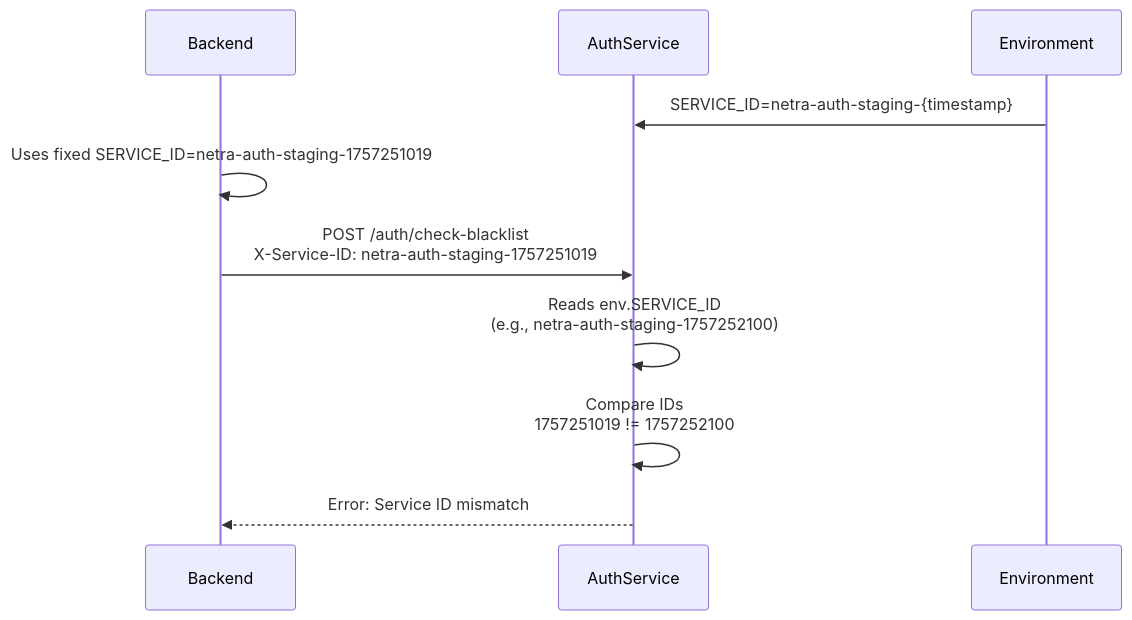
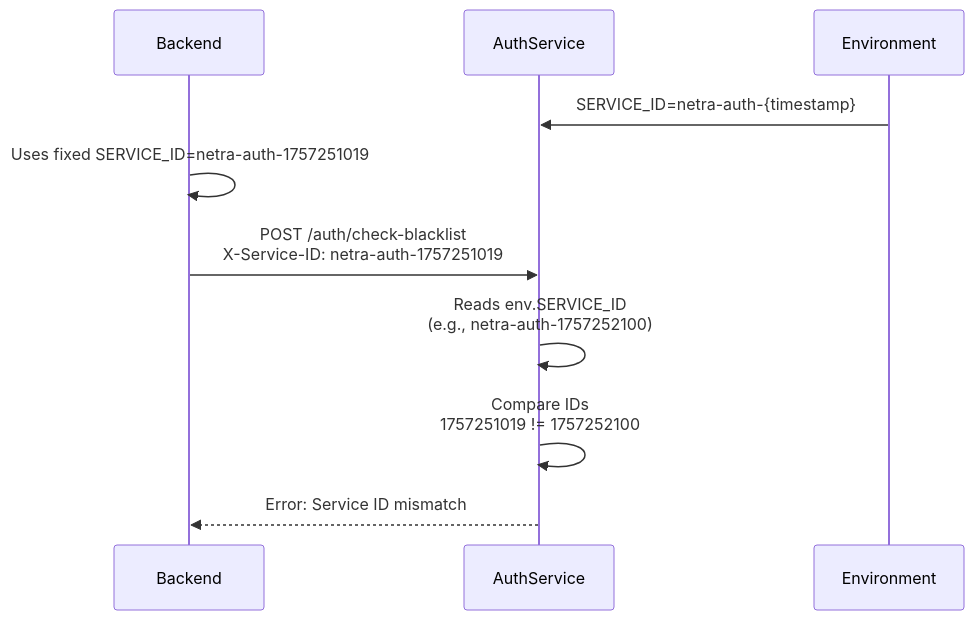
Before and after one commit to netra-systems/zen: the first of 2 diagrams in reports/SERVICE_ID_MISMATCH_BUG_REPORT_20250907.md, drawn with Mermaid. The commit also changed other lines of this file and 162 other files, not shown here.

````diff
--- a/reports/SERVICE_ID_MISMATCH_BUG_REPORT_20250907.md
+++ b/reports/SERVICE_ID_MISMATCH_BUG_REPORT_20250907.md
@@ -36,13 +36,13 @@
 ```mermaid
 sequenceDiagram
     participant Backend
     participant AuthService
     participant Environment
 
-    Environment->>AuthService: SERVICE_ID=netra-auth-staging-{timestamp}
-    Backend->>Backend: Uses fixed SERVICE_ID=netra-auth-staging-1757251019
-    Backend->>AuthService: POST /auth/check-blacklist<br/>X-Service-ID: netra-auth-staging-1757251019
-    AuthService->>AuthService: Reads env.SERVICE_ID<br/>(e.g., netra-auth-staging-1757252100)
+    Environment->>AuthService: SERVICE_ID=netra-auth-{timestamp}
+    Backend->>Backend: Uses fixed SERVICE_ID=netra-auth-1757251019
+    Backend->>AuthService: POST /auth/check-blacklist<br/>X-Service-ID: netra-auth-1757251019
+    AuthService->>AuthService: Reads env.SERVICE_ID<br/>(e.g., netra-auth-1757252100)
     AuthService->>AuthService: Compare IDs<br/>1757251019 != 1757252100
     AuthService-->>Backend: Error: Service ID mismatch
 ```
````
